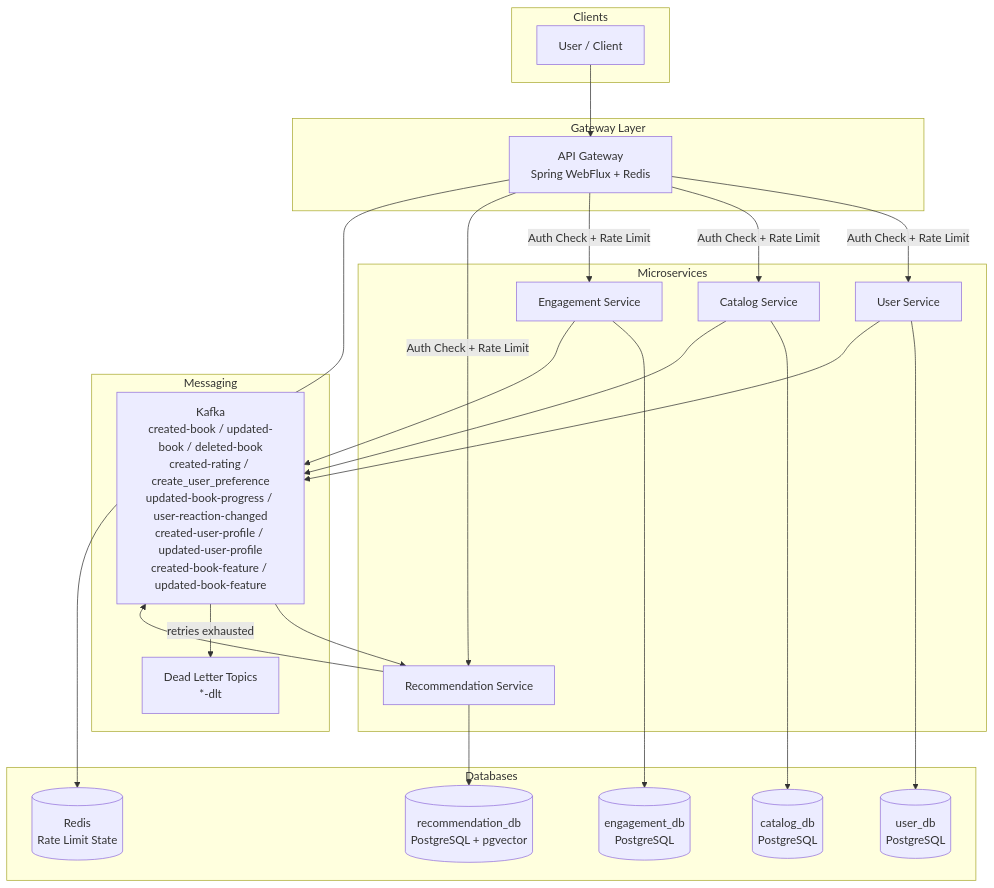
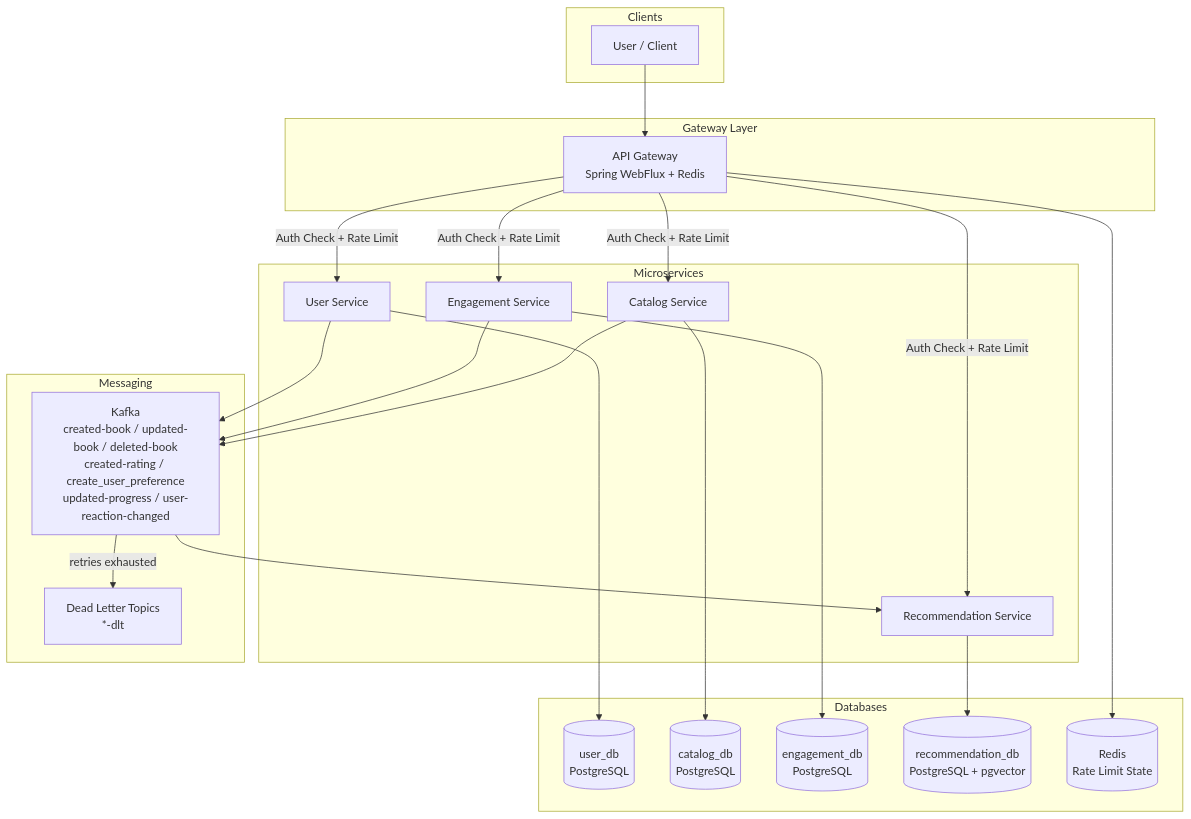
The first of 5 diagrams in README.md (Luca5Eckert/VellumHub), drawn with Mermaid before and after one commit. The commit also changed other lines of this file and 2 other files, not shown here.

````diff
--- a/README.md
+++ b/README.md
@@ -42,51 +42,50 @@
 ```mermaid
 graph TB
     subgraph Clients
       U[User / Client]
     end
 
     subgraph Gateway Layer
       GW[API Gateway\nSpring WebFlux + Redis]
     end
 
     subgraph Microservices
       US[User Service]
       CS[Catalog Service]
       ES[Engagement Service]
       RS[Recommendation Service]
     end
 
     subgraph Messaging
-      K[Kafka\ncreated-book / updated-book / deleted-book\ncreated-rating / create_user_preference\nupdated-book-progress / user-reaction-changed\ncreated-user-profile / updated-user-profile\ncreated-book-feature / updated-book-feature]
+      K[Kafka\ncreated-book / updated-book / deleted-book\ncreated-rating / create_user_preference\nupdated-progress / user-reaction-changed]
       DLT[Dead Letter Topics\n*-dlt]
     end
 
     subgraph Databases
       UDB[(user_db\nPostgreSQL)]
       CDB[(catalog_db\nPostgreSQL)]
       EDB[(engagement_db\nPostgreSQL)]
       RDB[(recommendation_db\nPostgreSQL + pgvector)]
       REDIS[(Redis\nRate Limit State)]
     end
 
     U --> GW
 
     GW -->|Auth Check + Rate Limit| US
     GW -->|Auth Check + Rate Limit| CS
     GW -->|Auth Check + Rate Limit| ES
     GW -->|Auth Check + Rate Limit| RS
 
     GW --> REDIS
 
     US --> UDB
     CS --> CDB
     ES --> EDB
     RS --> RDB
 
     CS --> K
     ES --> K
     US --> K
-    RS --> K
     K --> RS
     K -->|retries exhausted| DLT
 ```
````
